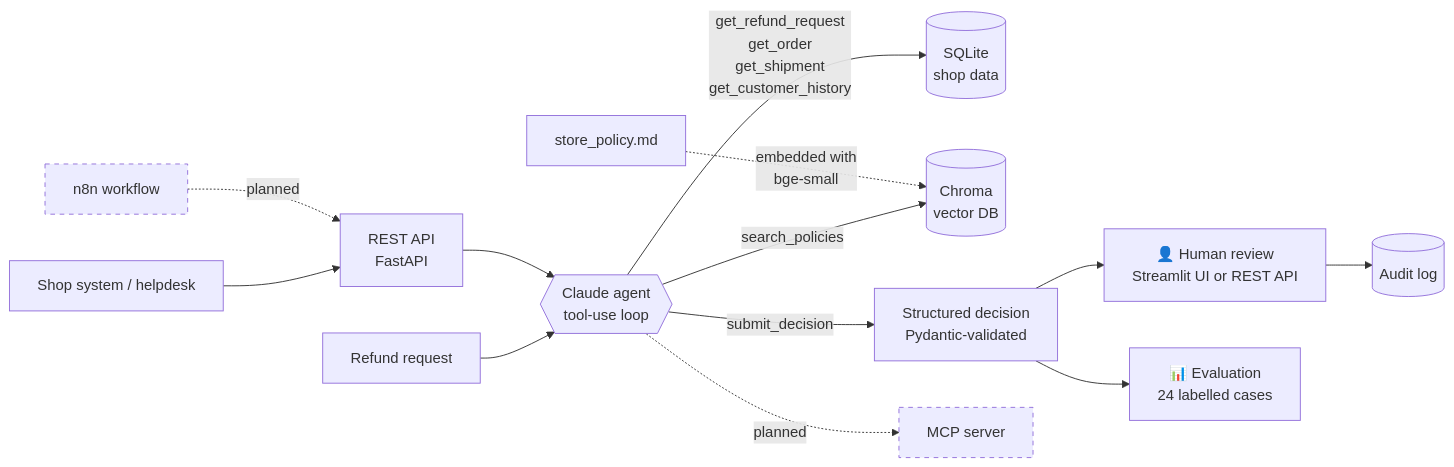
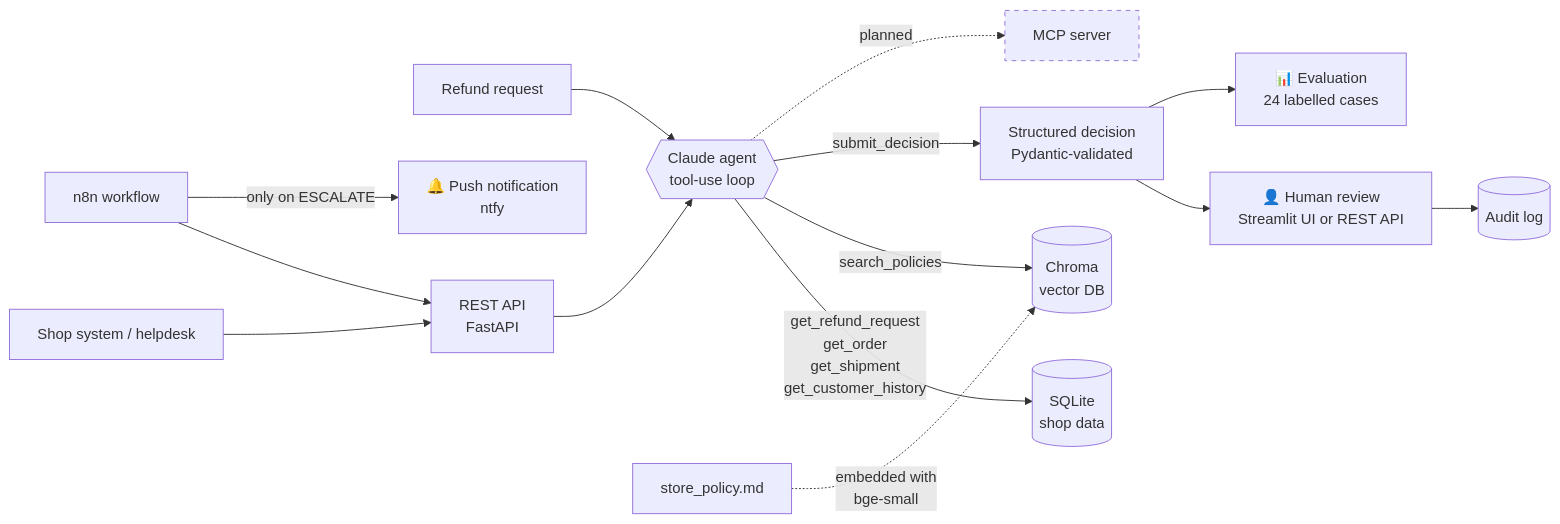
One commit to julianehren/refund-review-agent changed the diagram in README.md. Above: the diagram before and after it, drawn with Mermaid. The commit also changed other lines of this file and 4 other files, not shown here.

````diff
--- a/README.md
+++ b/README.md
@@ -34,18 +34,18 @@
 ```mermaid
 flowchart LR
     R[Refund request] --> A{{Claude agent<br/>tool-use loop}}
     A -- get_refund_request<br/>get_order<br/>get_shipment<br/>get_customer_history --> DB[(SQLite<br/>shop data)]
     A -- search_policies --> V[(Chroma<br/>vector DB)]
     P[store_policy.md] -. embedded with<br/>bge-small .-> V
     A -- submit_decision --> D[Structured decision<br/>Pydantic-validated]
     D --> H[👤 Human review<br/>Streamlit UI or REST API]
     H --> L[(Audit log)]
     D --> E[📊 Evaluation<br/>24 labelled cases]
     API[REST API<br/>FastAPI] --> A
     S[Shop system / helpdesk] --> API
 
-    N8N[n8n workflow] -. planned .-> API
+    N8N[n8n workflow] --> API
+    N8N -- only on ESCALATE --> NT[🔔 Push notification<br/>ntfy]
     A -. planned .-> MCP[MCP server]
     style MCP stroke-dasharray: 5 5
-    style N8N stroke-dasharray: 5 5
 ```
````
